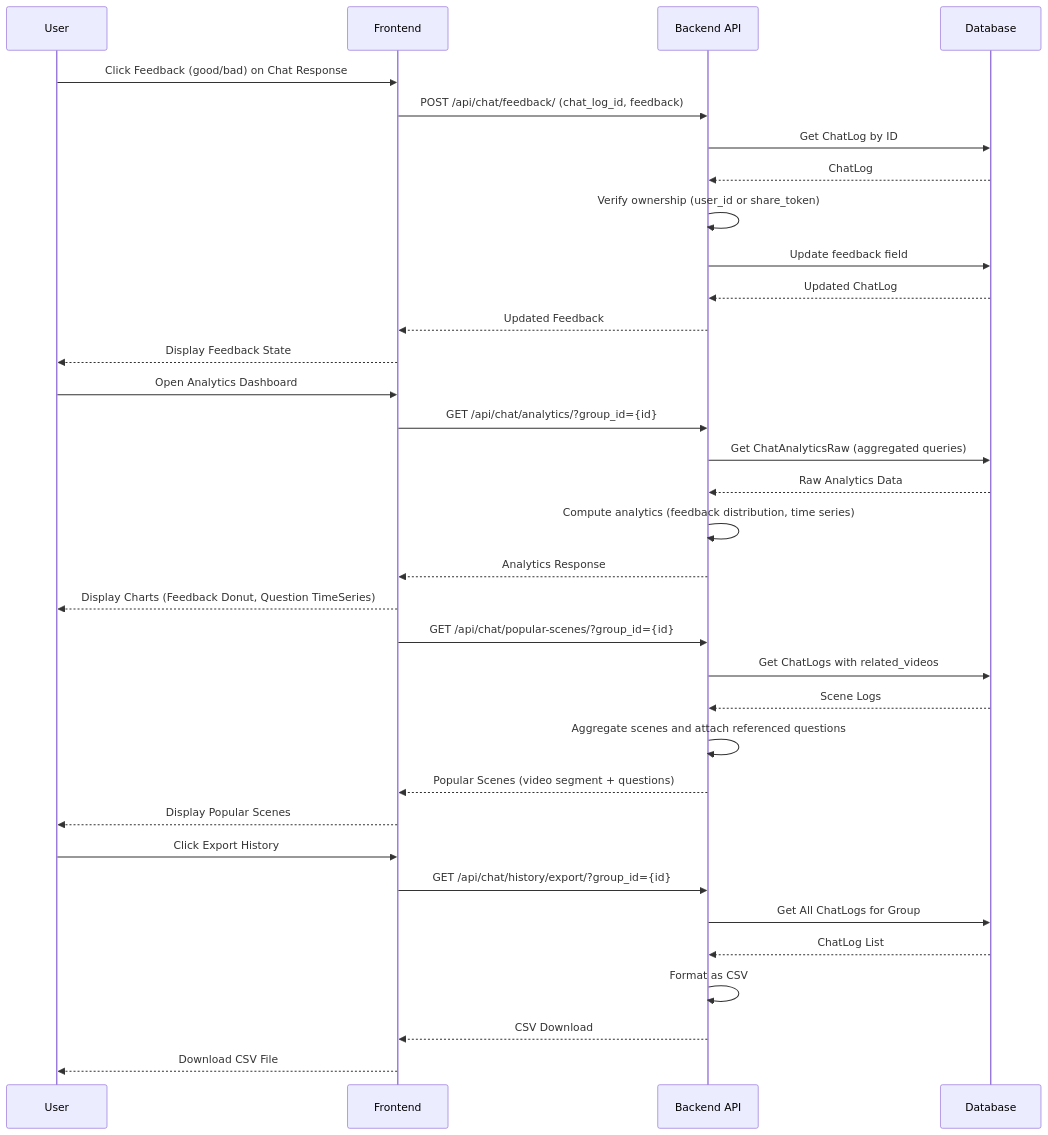
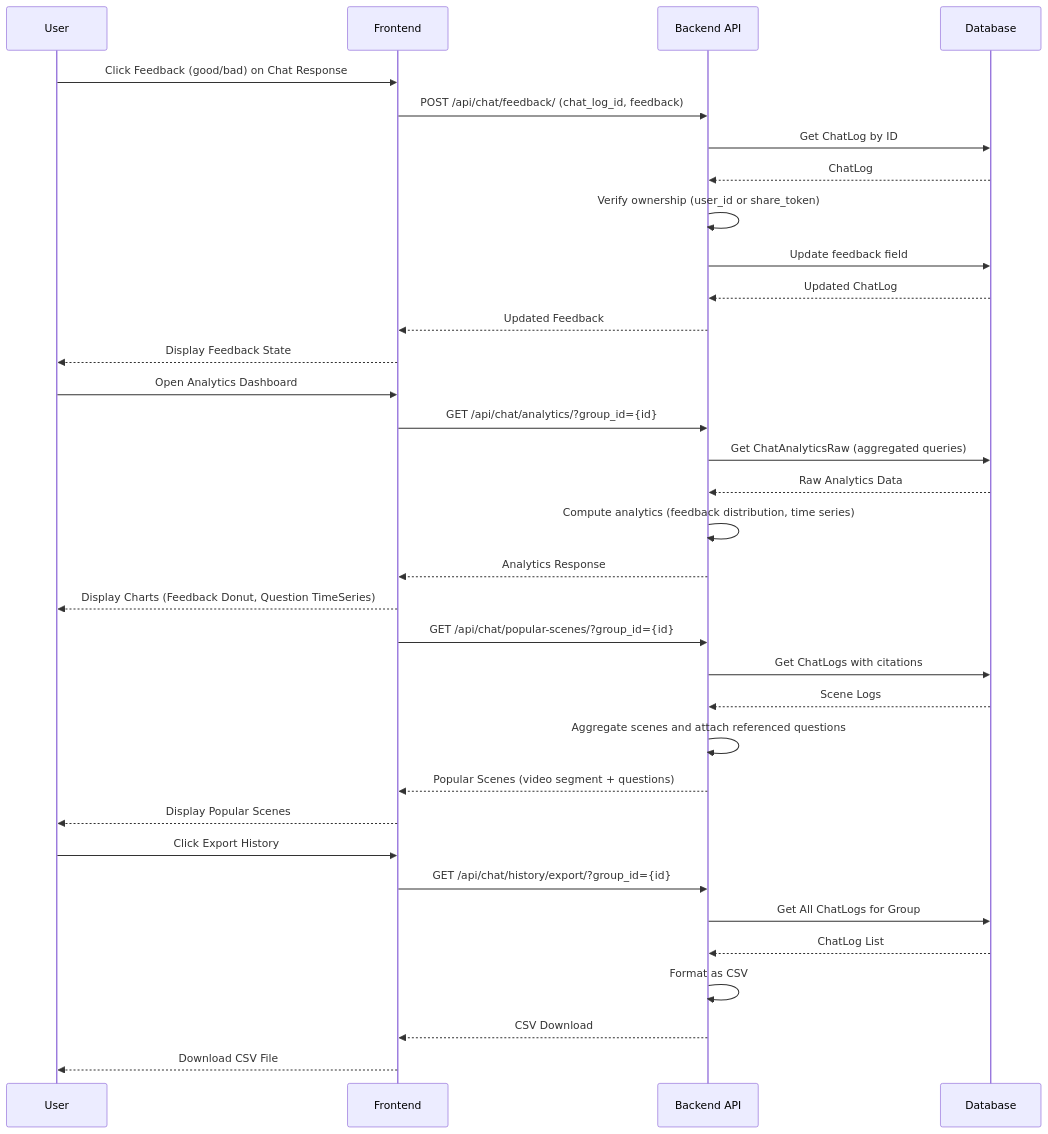
One commit to yukiharada1228/videoq changed diagram 11 of 11 in docs/design/sequence-diagram.md. Above: the diagram before and after it, drawn with Mermaid. The commit also changed 47 other files, not shown here.

Commit message:
Remove related_videos and switch to citations

````diff
--- a/docs/design/sequence-diagram.md
+++ b/docs/design/sequence-diagram.md
@@ -391,44 +391,44 @@
 ```mermaid
 sequenceDiagram
     participant User as User
     participant Frontend as Frontend
     participant Backend as Backend API
     participant DB as Database
 
     %% Submit Feedback
     User->>Frontend: Click Feedback (good/bad) on Chat Response
     Frontend->>Backend: POST /api/chat/feedback/ (chat_log_id, feedback)
     Backend->>DB: Get ChatLog by ID
     DB-->>Backend: ChatLog
     Backend->>Backend: Verify ownership (user_id or share_token)
     Backend->>DB: Update feedback field
     DB-->>Backend: Updated ChatLog
     Backend-->>Frontend: Updated Feedback
     Frontend-->>User: Display Feedback State
 
     %% View Analytics
     User->>Frontend: Open Analytics Dashboard
     Frontend->>Backend: GET /api/chat/analytics/?group_id={id}
     Backend->>DB: Get ChatAnalyticsRaw (aggregated queries)
     DB-->>Backend: Raw Analytics Data
     Backend->>Backend: Compute analytics (feedback distribution, time series)
     Backend-->>Frontend: Analytics Response
     Frontend-->>User: Display Charts (Feedback Donut, Question TimeSeries)
 
     %% View Popular Scenes
     Frontend->>Backend: GET /api/chat/popular-scenes/?group_id={id}
-    Backend->>DB: Get ChatLogs with related_videos
+    Backend->>DB: Get ChatLogs with citations
     DB-->>Backend: Scene Logs
     Backend->>Backend: Aggregate scenes and attach referenced questions
     Backend-->>Frontend: Popular Scenes (video segment + questions)
     Frontend-->>User: Display Popular Scenes
 
     %% Export History
     User->>Frontend: Click Export History
     Frontend->>Backend: GET /api/chat/history/export/?group_id={id}
     Backend->>DB: Get All ChatLogs for Group
     DB-->>Backend: ChatLog List
     Backend->>Backend: Format as CSV
     Backend-->>Frontend: CSV Download
     Frontend-->>User: Download CSV File
 ```
````
